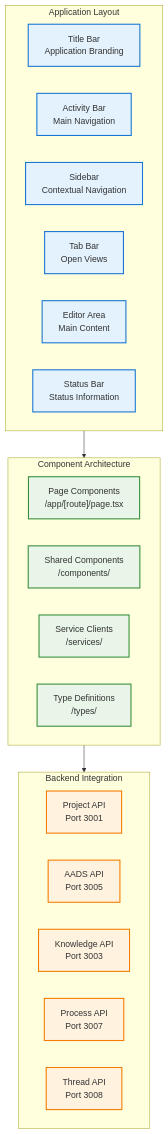
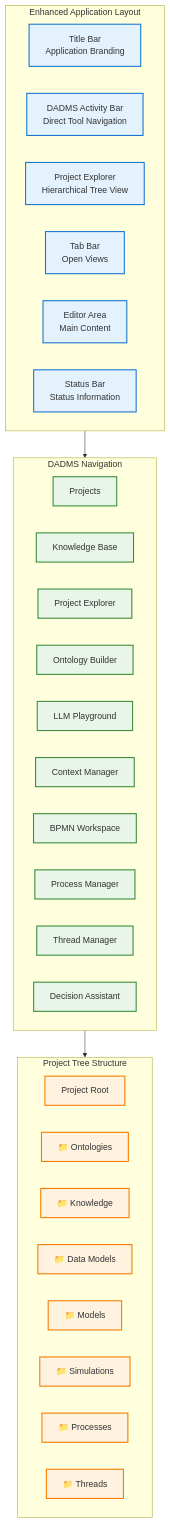
Before and after one commit to laserpointlabs/dadms: the diagram in docs/architecture/ui_specification.md, drawn with Mermaid. The commit also changed other lines of this file and 5 other files, not shown here.

First line of the commit message:
feat: Enhance UI with DADMS-specific navigation and project tree view

````diff
--- a/docs/architecture/ui_specification.md
+++ b/docs/architecture/ui_specification.md
@@ -39,38 +54,47 @@
 ```mermaid
 %%{init: { 'flowchart': { 'curve': 'orthogonal' }}}%%
 flowchart TD
-    subgraph Layout["Application Layout"]
+    subgraph Layout["Enhanced Application Layout"]
         TitleBar["Title Bar<br/>Application Branding"]
-        ActivityBar["Activity Bar<br/>Main Navigation"]
-        Sidebar["Sidebar<br/>Contextual Navigation"]
+        ActivityBar["DADMS Activity Bar<br/>Direct Tool Navigation"]
+        ProjectExplorer["Project Explorer<br/>Hierarchical Tree View"]
         TabBar["Tab Bar<br/>Open Views"]
         EditorArea["Editor Area<br/>Main Content"]
         StatusBar["Status Bar<br/>Status Information"]
     end
     
-    subgraph Components["Component Architecture"]
-        PageComponents["Page Components<br/>/app/[route]/page.tsx"]
-        SharedComponents["Shared Components<br/>/components/"]
-        ServiceClients["Service Clients<br/>/services/"]
-        TypeDefinitions["Type Definitions<br/>/types/"]
+    subgraph Navigation["DADMS Navigation"]
+        Projects["Projects"]
+        Knowledge["Knowledge Base"]
+        Explorer["Project Explorer"]
+        Ontology["Ontology Builder"]
+        LLM["LLM Playground"]
+        Context["Context Manager"]
+        BPMN["BPMN Workspace"]
+        Process["Process Manager"]
+        Thread["Thread Manager"]
+        AADS["Decision Assistant"]
     end
     
-    subgraph Services["Backend Integration"]
-        ProjectAPI["Project API<br/>Port 3001"]
-        AADSAPI["AADS API<br/>Port 3005"]
-        KnowledgeAPI["Knowledge API<br/>Port 3003"]
-        ProcessAPI["Process API<br/>Port 3007"]
-        ThreadAPI["Thread API<br/>Port 3008"]
+    subgraph TreeView["Project Tree Structure"]
+        ProjectNode["Project Root"]
+        OntologyFolder["📁 Ontologies"]
+        KnowledgeFolder["📁 Knowledge"]
+        DataModelFolder["📁 Data Models"]
+        ModelFolder["📁 Models"]
+        SimulationFolder["📁 Simulations"]
+        ProcessFolder["📁 Processes"]
+        ThreadFolder["📁 Threads"]
     end
     
-    Layout --> Components
-    Components --> Services
+    Layout --> Navigation
+    Navigation --> TreeView
     
     classDef layout fill:#e3f2fd,stroke:#1976d2,stroke-width:2px;
-    classDef components fill:#e8f5e8,stroke:#388e3c,stroke-width:2px;
-    classDef services fill:#fff3e0,stroke:#f57c00,stroke-width:2px;
+    classDef navigation fill:#e8f5e8,stroke:#388e3c,stroke-width:2px;
+    classDef treeview fill:#fff3e0,stroke:#f57c00,stroke-width:2px;
     
-    class TitleBar,ActivityBar,Sidebar,TabBar,EditorArea,StatusBar layout;
-    class PageComponents,SharedComponents,ServiceClients,TypeDefinitions components;
-    class ProjectAPI,AADSAPI,KnowledgeAPI,ProcessAPI,ThreadAPI services;
+    class TitleBar,ActivityBar,ProjectExplorer,TabBar,EditorArea,StatusBar layout;
+    class Projects,Knowledge,Explorer,Ontology,LLM,Context,BPMN,Process,Thread,AADS navigation;
+    class ProjectNode,OntologyFolder,KnowledgeFolder,DataModelFolder,ModelFolder,SimulationFolder,ProcessFolder,ThreadFolder treeview;
 ```
````
